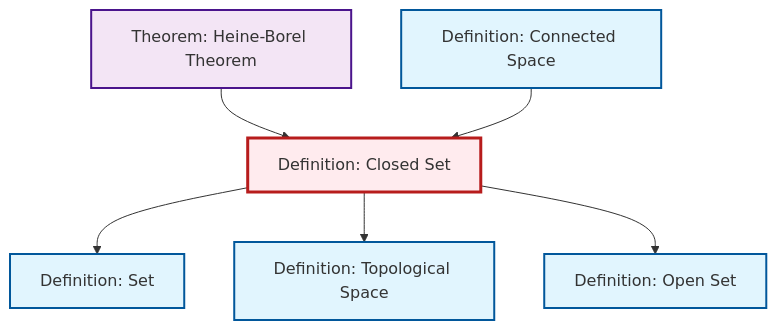
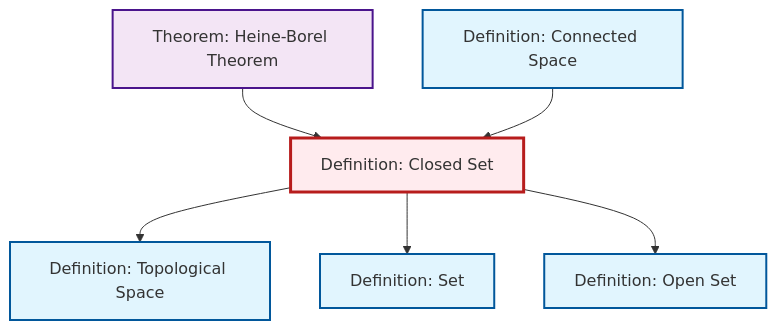
The diagram in content/ja/topology/def-closed-set.qmd (RK0429/ModernMath), drawn with Mermaid before and after one commit. The commit also changed other lines of this file and 615 other files, not shown here.

````diff
--- a/content/ja/topology/def-closed-set.qmd
+++ b/content/ja/topology/def-closed-set.qmd
@@ -45,26 +45,26 @@
 ```{mermaid}
 %%| fig-cap: "Local dependency graph"
 graph TD
     classDef definition fill:#e1f5fe,stroke:#01579b,stroke-width:2px
     classDef theorem fill:#f3e5f5,stroke:#4a148c,stroke-width:2px
     classDef axiom fill:#fff3e0,stroke:#e65100,stroke-width:2px
     classDef example fill:#e8f5e9,stroke:#1b5e20,stroke-width:2px
     classDef current fill:#ffebee,stroke:#b71c1c,stroke-width:3px
+    def-closed-set["Definition: Closed Set"]:::definition
+    def-set["Definition: Set"]:::definition
     def-open-set["Definition: Open Set"]:::definition
-    def-set["Definition: Set"]:::definition
+    def-connected["Definition: Connected Space"]:::definition
     thm-heine-borel["Theorem: Heine-Borel Theorem"]:::theorem
-    def-connected["Definition: Connected Space"]:::definition
-    def-closed-set["Definition: Closed Set"]:::definition
     def-topological-space["Definition: Topological Space"]:::definition
+    def-closed-set --> def-topological-space
+    def-closed-set --> def-set
+    def-closed-set --> def-open-set
     thm-heine-borel --> def-closed-set
     def-connected --> def-closed-set
-    def-closed-set --> def-set
-    def-closed-set --> def-topological-space
-    def-closed-set --> def-open-set
     class def-closed-set current
+    click def-set "def-set.html" "Definition: Setへ"
     click def-open-set "def-open-set.html" "Definition: Open Setへ"
-    click def-set "def-set.html" "Definition: Setへ"
+    click def-connected "def-connected.html" "Definition: Connected Spaceへ"
     click thm-heine-borel "thm-heine-borel.html" "Theorem: Heine-Borel Theoremへ"
-    click def-connected "def-connected.html" "Definition: Connected Spaceへ"
     click def-topological-space "def-topological-space.html" "Definition: Topological Spaceへ"
 ```
````
